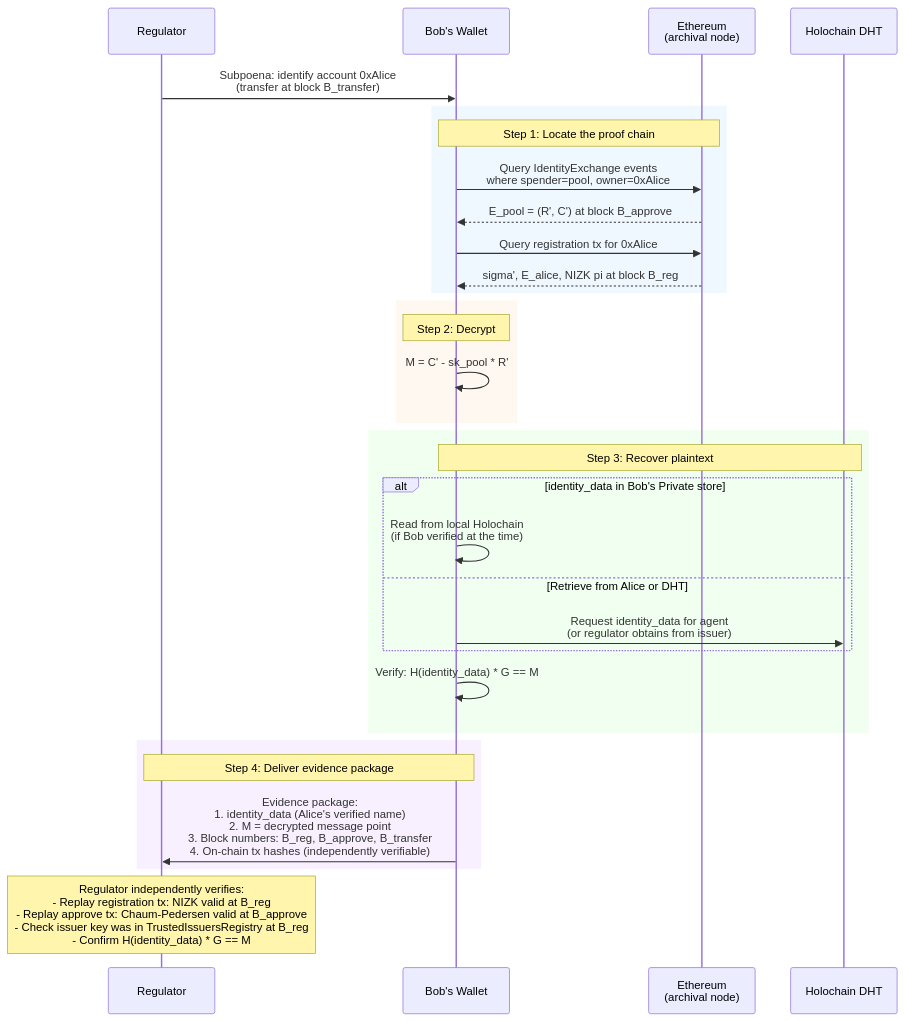
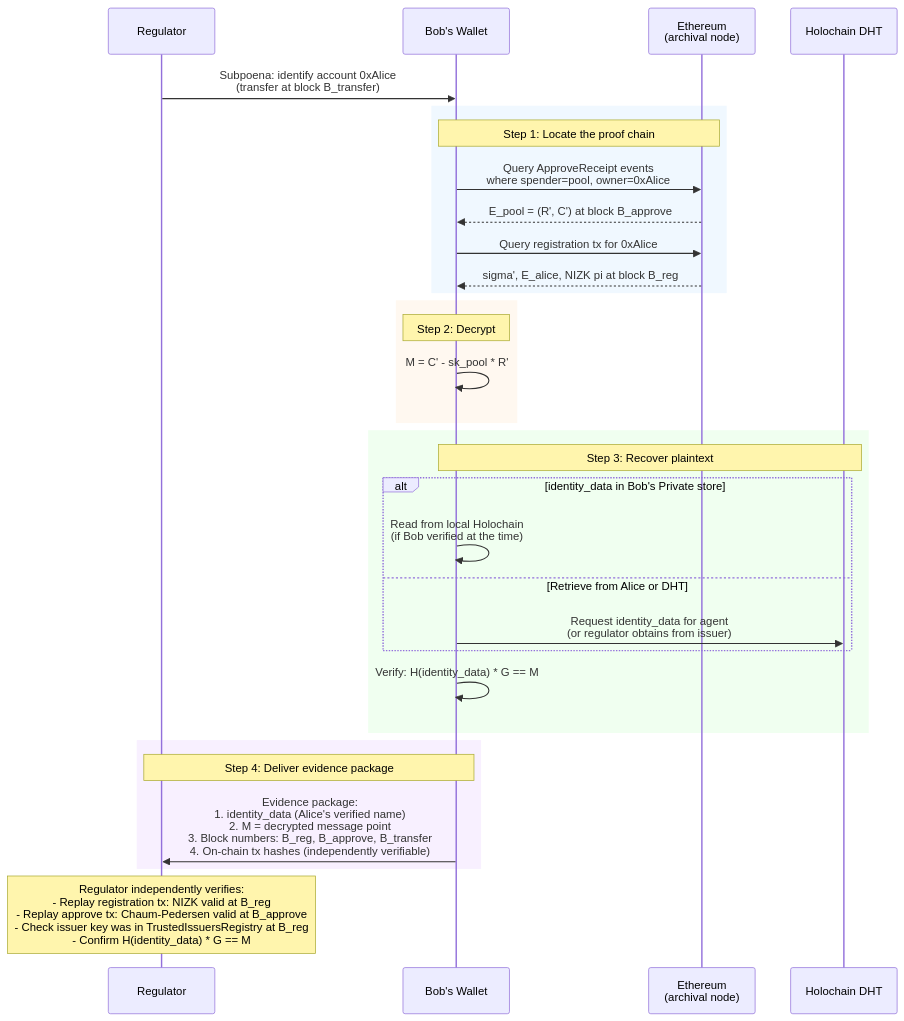
The fifth of 5 diagrams in alberta-buck-identity-example.org (alberta-buck/alberta-buck), drawn with Mermaid before and after one commit. The commit also changed other lines of this file and 6 other files, not shown here.

```diff
--- a/alberta-buck-identity-example.org
+++ b/alberta-buck-identity-example.org
@@ -347,39 +353,39 @@
     #+BEGIN_SRC mermaid :file ./images/subpoena-flow.png
     sequenceDiagram
         participant R as Regulator
         participant BW as Bob's Wallet
         participant ETH as Ethereum<br/>(archival node)
         participant HC as Holochain DHT
 
         R->>BW: Subpoena: identify account 0xAlice<br/>(transfer at block B_transfer)
 
         rect rgb(240, 248, 255)
         Note over BW,ETH: Step 1: Locate the proof chain
-        BW->>ETH: Query IdentityExchange events<br/>where spender=pool, owner=0xAlice
+        BW->>ETH: Query ApproveReceipt events<br/>where spender=pool, owner=0xAlice
         ETH-->>BW: E_pool = (R', C') at block B_approve
         BW->>ETH: Query registration tx for 0xAlice
         ETH-->>BW: sigma', E_alice, NIZK pi at block B_reg
         end
 
         rect rgb(255, 248, 240)
         Note over BW: Step 2: Decrypt
         BW->>BW: M = C' - sk_pool * R'
         end
 
         rect rgb(240, 255, 240)
         Note over BW,HC: Step 3: Recover plaintext
         alt identity_data in Bob's Private store
             BW->>BW: Read from local Holochain<br/>(if Bob verified at the time)
         else Retrieve from Alice or DHT
             BW->>HC: Request identity_data for agent<br/>(or regulator obtains from issuer)
         end
         BW->>BW: Verify: H(identity_data) * G == M
         end
 
         rect rgb(248, 240, 255)
         Note over BW,R: Step 4: Deliver evidence package
         BW->>R: Evidence package:<br/>1. identity_data (Alice's verified name)<br/>2. M = decrypted message point<br/>3. Block numbers: B_reg, B_approve, B_transfer<br/>4. On-chain tx hashes (independently verifiable)
         end
 
         Note over R: Regulator independently verifies:<br/>- Replay registration tx: NIZK valid at B_reg<br/>- Replay approve tx: Chaum-Pedersen valid at B_approve<br/>- Check issuer key was in TrustedIssuersRegistry at B_reg<br/>- Confirm H(identity_data) * G == M
     #+END_SRC
```
